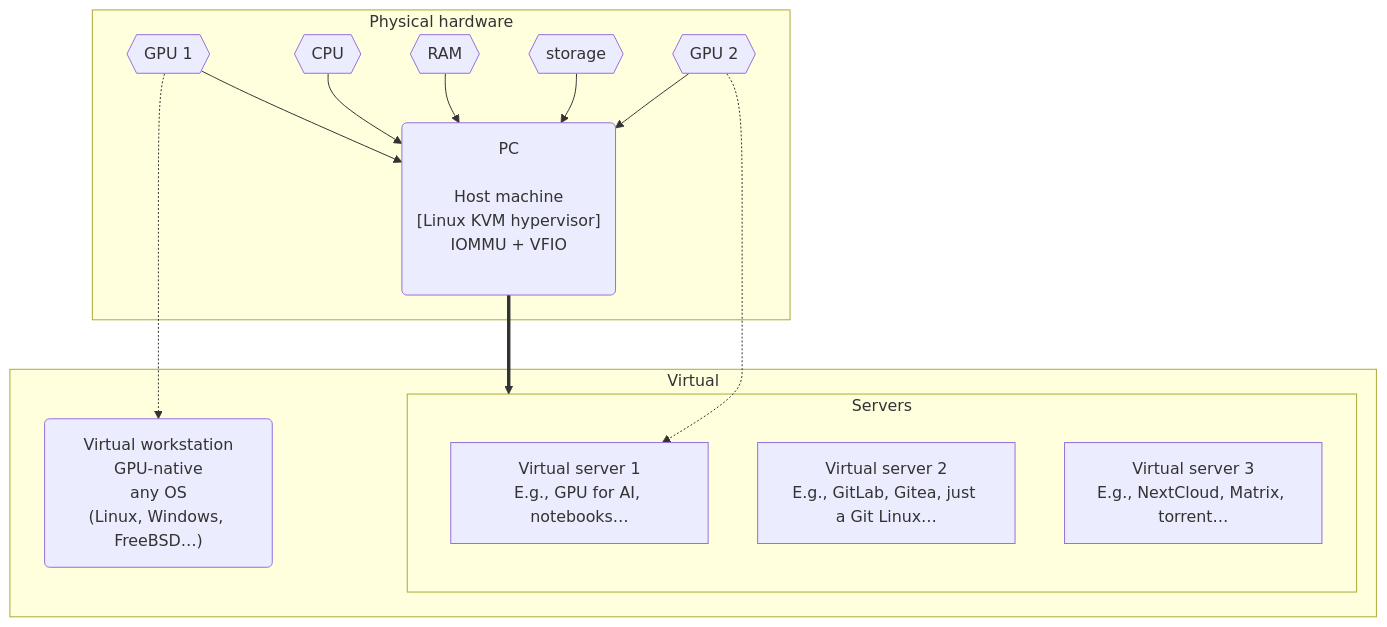
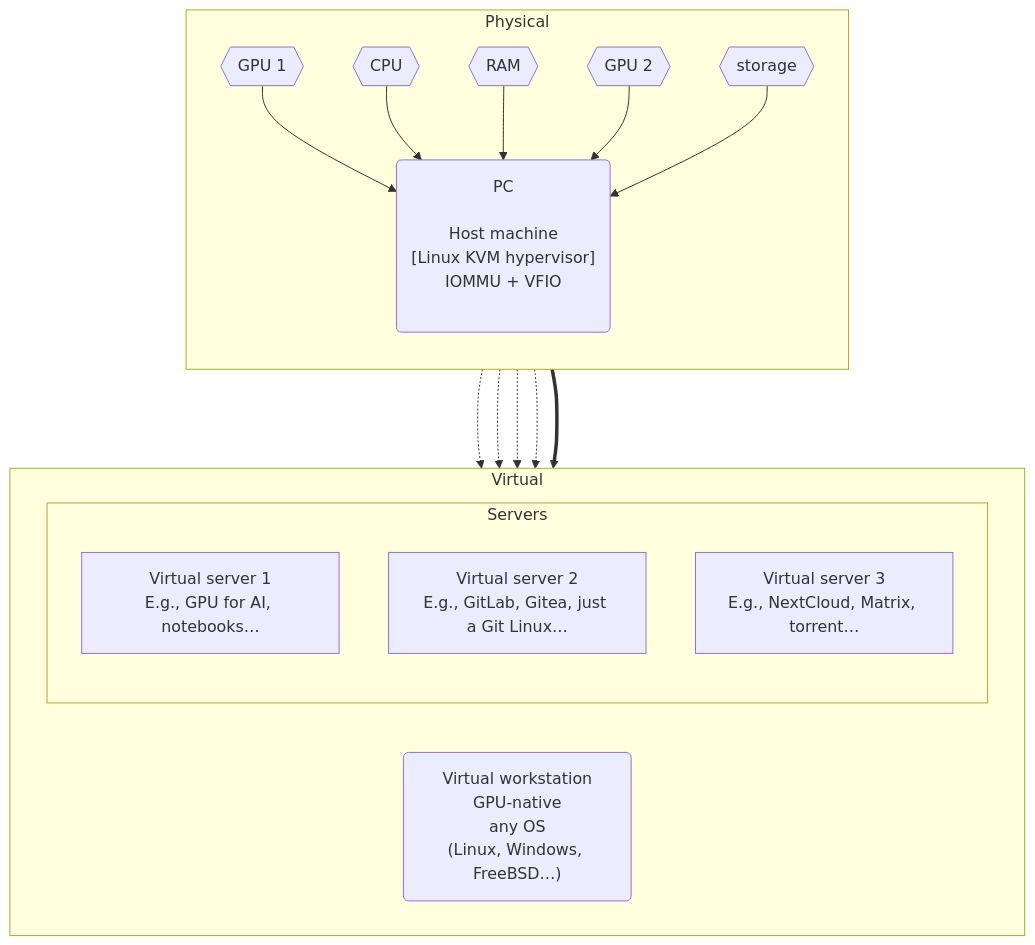
The diagram in README.md (agenkit/GHost), drawn with Mermaid before and after one commit.

````diff
--- a/README.md
+++ b/README.md
@@ -7,31 +7,29 @@
 ```mermaid
 graph TB
 
-subgraph "Physical hardware"
-   pgpu1{{"GPU 1"}}
-   pcpu{{"CPU"}}
-   pmem{{"RAM"}}
-   pstor{{"storage"}}
-   pgpu2{{"GPU 2"}}
-   host("PC<br><br>Host machine<br>[Linux KVM hypervisor]<br>IOMMU + VFIO<br><br>")
+subgraph Physical
+   direction TB
+   pgpu1{{"GPU 1"}} --> host("PC<br><br>Host machine<br>[Linux KVM hypervisor]<br>IOMMU + VFIO<br><br>")
+   pcpu{{"CPU"}} --> host
+   pmem{{"RAM"}} --> host
+   pgpu2{{"GPU 2"}} --> host
+   pstor{{"storage"}} --> host
+   
 end
 
 subgraph Virtual
+   direction LR
+   pgpu1 -.-> vws("Virtual workstation<br>GPU-native<br>any OS<br>(Linux, Windows, FreeBSD…)")
 
-vws("Virtual workstation<br>GPU-native<br>any OS<br>(Linux, Windows, FreeBSD…)")
-
-subgraph Servers
-vsrv1["Virtual server 1<br>E.g., GPU for AI, notebooks…"]
-vsrv2["Virtual server 2<br>E.g., GitLab, Gitea, just a Git Linux…"]
-vsrv3["Virtual server 3<br>E.g., NextCloud, Matrix, torrent…"]
-end
+   subgraph Servers
+      direction TB
+      pgpu2 -..-> vsrv1["Virtual server 1<br>E.g., GPU for AI, notebooks…"]
+      pstor -..-> vsrv2["Virtual server 2<br>E.g., GitLab, Gitea, just a Git Linux…"]
+      pstor -..-> vsrv3["Virtual server 3<br>E.g., NextCloud, Matrix, torrent…"]
+   end
 end
 
-
-pgpu1 -.-> vws
-host ==> Servers
-   pcpu & pmem & pstor & pgpu1 & pgpu2 --> host
-pgpu2 -.-> vsrv1
+Physical ==> Virtual
 
 
 ```
````
